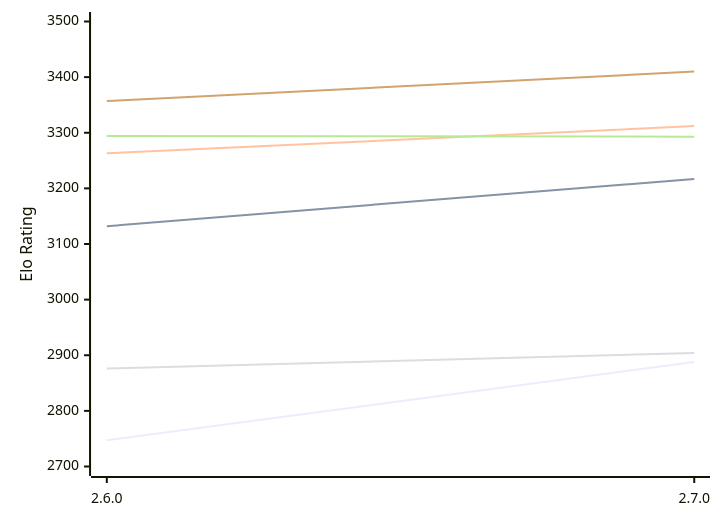
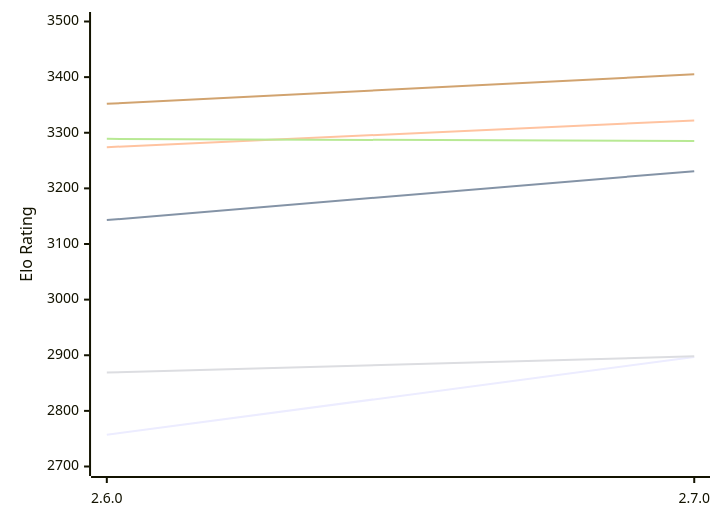
Before and after one commit to computer-chess-index/cci: the first of 2 diagrams in engines/Sturddle2.md, drawn with Mermaid. The commit also changed other lines of this file, not shown here.

Commit message:
Update CCI Ratings (ELO VLTC) - 2026-11-06

````diff
--- a/engines/Sturddle2.md
+++ b/engines/Sturddle2.md
@@ -51,12 +51,12 @@
 ```mermaid
 %%{init: {"theme":"base","themeVariables":{"seriesColors:['#a3a3a3','#222221','#faa371']}}}%%
 xychart-beta
   x-axis ["2.6.0", "2.7.0"]
   y-axis "Elo Rating" 2700 --> 3500
-  line "E1: STC (8.0+0.08s)" [2747, 2888]
-  line "E1: LTC (60.0+0.60s)" [3132, 3217]
-  line "E1: VLTC (2m24s+1.12s)" [3263, 3312]
-  line "P1: STC (8.0+0.08s)" [2876, 2904]
-  line "P1: LTC (60.0+0.60s)" [3294, 3293]
-  line "P1: VLTC (2m24s+1.12s)" [3357, 3410]
+  line "E1: STC (8.0+0.08s)" [2757, 2897]
+  line "E1: LTC (60.0+0.60s)" [3143, 3231]
+  line "E1: VLTC (2m24s+1.12s)" [3274, 3322]
+  line "P1: STC (8.0+0.08s)" [2869, 2898]
+  line "P1: LTC (60.0+0.60s)" [3289, 3285]
+  line "P1: VLTC (2m24s+1.12s)" [3352, 3405]
 ```
````
